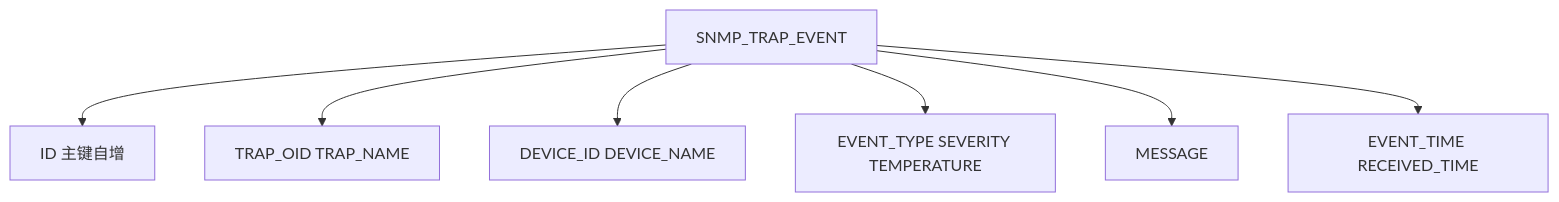
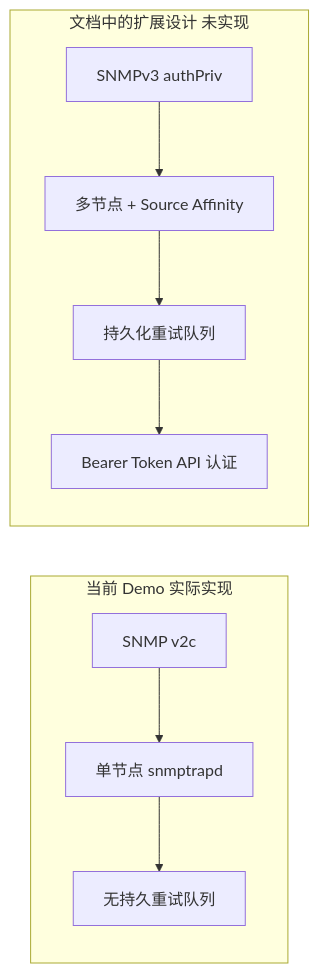
Before and after one commit to seki999/DialogueFlow_GitHub_OnLine: the diagram in slides/snmp-trap-demo-course/23.md, drawn with Mermaid. The commit also changed other lines of this file and 56 other files, not shown here.

````diff
--- a/slides/snmp-trap-demo-course/23.md
+++ b/slides/snmp-trap-demo-course/23.md
@@ -5,9 +5,12 @@
 ```mermaid
-flowchart TB
-    T[SNMP_TRAP_EVENT] --> C1[ID 主键自增]
-    T --> C2[TRAP_OID TRAP_NAME]
-    T --> C3[DEVICE_ID DEVICE_NAME]
-    T --> C4[EVENT_TYPE SEVERITY TEMPERATURE]
-    T --> C5[MESSAGE]
-    T --> C6[EVENT_TIME RECEIVED_TIME]
+flowchart LR
+    subgraph 当前Demo["当前 Demo 实际实现"]
+        A1[SNMP v2c] --> A2[单节点 snmptrapd]
+        A2 --> A3[无持久重试队列]
+    end
+    subgraph 扩展设计["文档中的扩展设计 未实现"]
+        B1[SNMPv3 authPriv] --> B2[多节点 + Source Affinity]
+        B2 --> B3[持久化重试队列]
+        B3 --> B4[Bearer Token API 认证]
+    end
 ```
````
